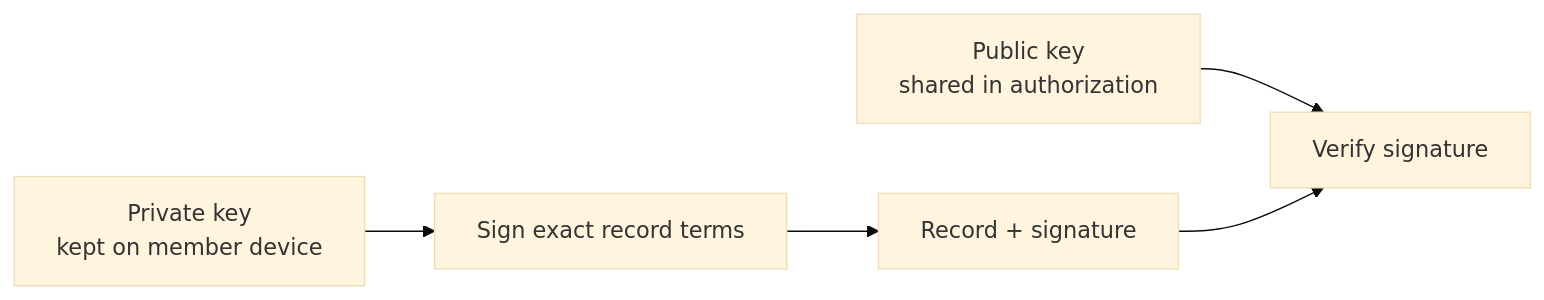
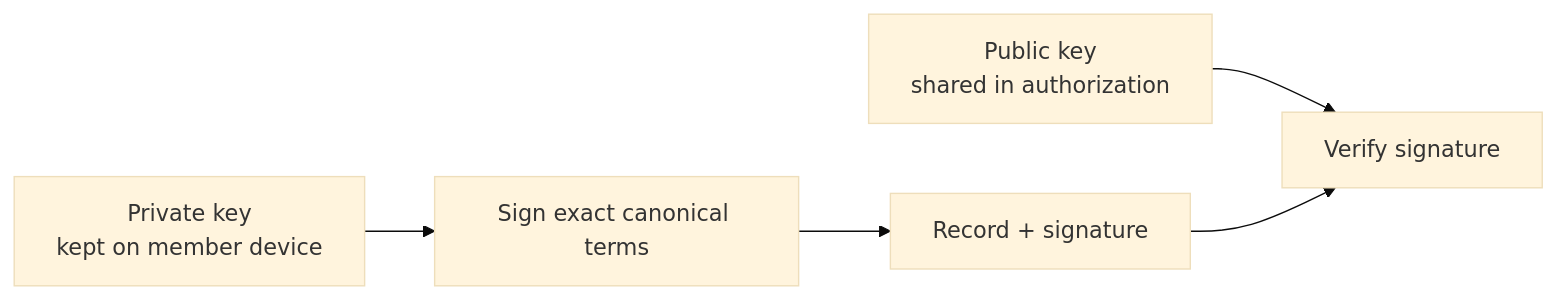
Before and after one commit to matthewlovestocode/peer-hours: the diagram in docs/education/32-key-pairs.md, drawn with Mermaid (base theme). The commit also changed other lines of this file and 62 other files, not shown here.

````diff
--- a/docs/education/32-key-pairs.md
+++ b/docs/education/32-key-pairs.md
@@ -5,7 +5,7 @@
 ```mermaid
 flowchart LR
-  K["Private key\nkept on member device"] --> S["Sign exact record terms"]
+  K["Private key\nkept on member device"] --> S["Sign exact canonical terms"]
   S --> R["Record + signature"]
   P["Public key\nshared in authorization"] --> V["Verify signature"]
   R --> V
 ```
````
